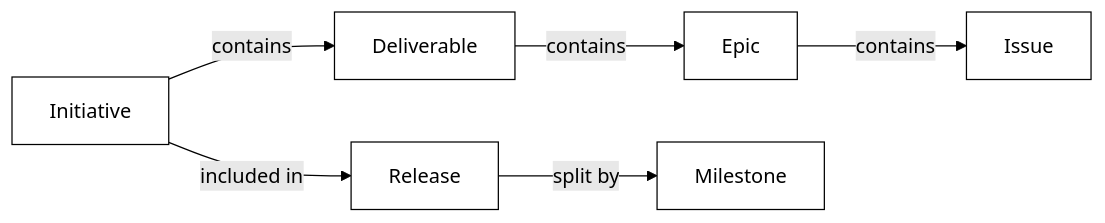
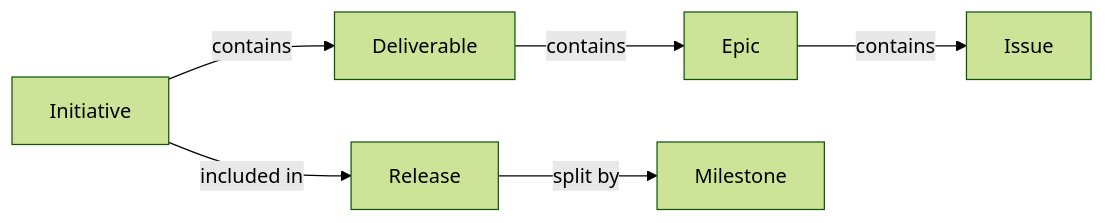
Before and after one commit to logos-co/roadmap: the diagram in content/terminology.md, drawn with Mermaid (forest theme). The commit also changed other lines of this file, not shown here.

````diff
--- a/content/terminology.md
+++ b/content/terminology.md
@@ -16,22 +16,15 @@
 ```mermaid
 graph LR
     I["Initiative"]
     D["Deliverable"]
     E["Epic"]
     Is["Issue"]
     R["Release"]
     M["Milestone"]
     
     I -->|contains| D
     D -->|contains| E
     E -->|contains| Is
     I -->|included in| R
     R -->|split by| M
-    
-    style I fill:#ffffff,stroke:#000000
-    style R fill:#ffffff,stroke:#000000
-    style M fill:#ffffff,stroke:#000000
-    style D fill:#ffffff,stroke:#000000
-    style E fill:#ffffff,stroke:#000000
-    style Is fill:#ffffff,stroke:#000000
 ```
````
